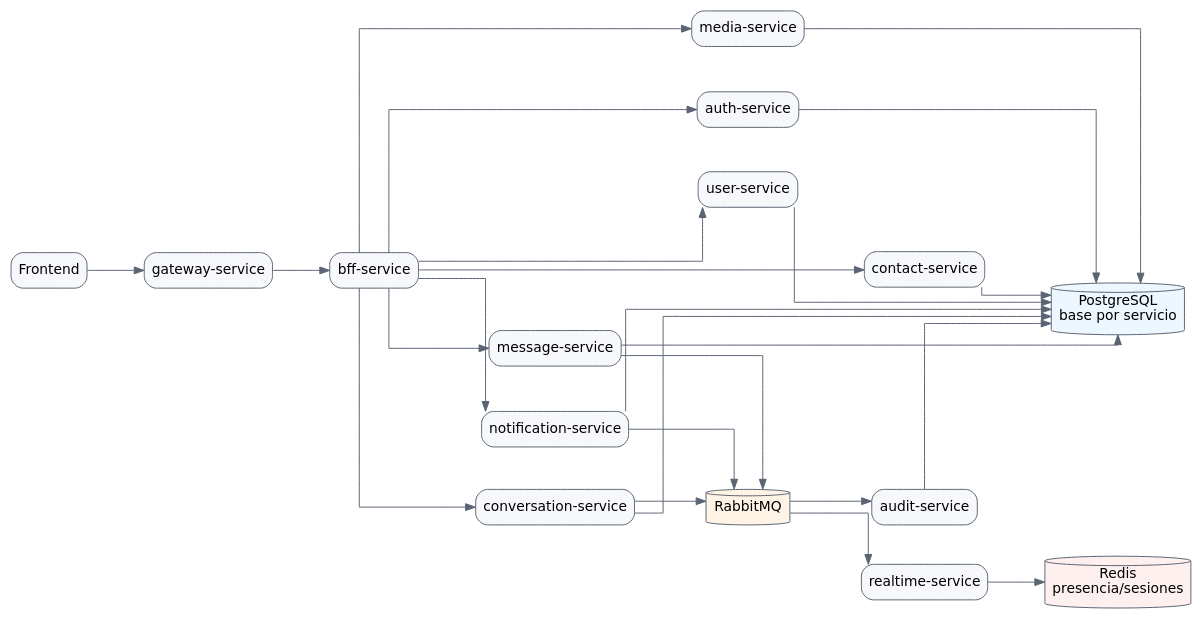
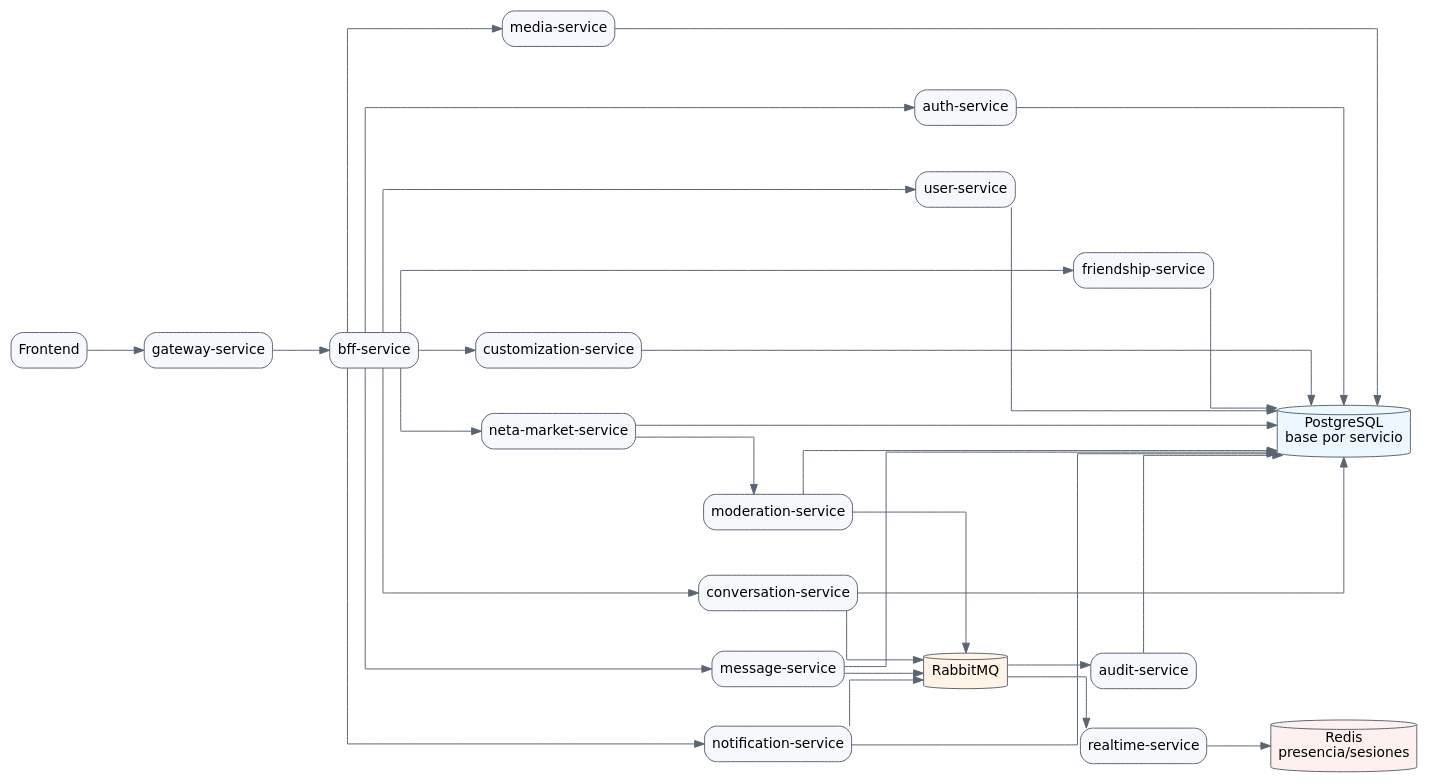
One commit to OrionTheProgrammer/Orioneta-Backend changed the diagram in docs/diagrama-microservicios.dot. Above: the diagram before and after it, drawn with Graphviz. The commit also changed 180 other files, not shown here.

First line of the commit message:
feat: align backend architecture with Orioneta roadmap

```diff
--- a/docs/diagrama-microservicios.dot
+++ b/docs/diagrama-microservicios.dot
@@ -1,47 +1,57 @@
 digraph Orioneta {
   graph [rankdir=LR, bgcolor="white", splines=ortho, nodesep=0.55, ranksep=0.8];
   node [shape=box, style="rounded,filled", fillcolor="#f7f8fb", color="#5b6472", fontname="DejaVu Sans"];
   edge [color="#5b6472", fontname="DejaVu Sans"];
 
   frontend [label="Frontend"];
   gateway [label="gateway-service"];
   bff [label="bff-service"];
   auth [label="auth-service"];
   users [label="user-service"];
-  contacts [label="contact-service"];
+  friendships [label="friendship-service"];
   conversations [label="conversation-service"];
   messages [label="message-service"];
   notifications [label="notification-service"];
+  customization [label="customization-service"];
+  netamarket [label="neta-market-service"];
   media [label="media-service"];
   realtime [label="realtime-service"];
+  moderation [label="moderation-service"];
   audit [label="audit-service"];
   rabbitmq [label="RabbitMQ", shape=cylinder, fillcolor="#fff4e6"];
   redis [label="Redis\npresencia/sesiones", shape=cylinder, fillcolor="#fff0f0"];
   postgres [label="PostgreSQL\nbase por servicio", shape=cylinder, fillcolor="#edf7ff"];
 
   frontend -> gateway;
   gateway -> bff;
   bff -> auth;
   bff -> users;
-  bff -> contacts;
+  bff -> friendships;
   bff -> conversations;
   bff -> messages;
   bff -> notifications;
   bff -> media;
+  bff -> customization;
+  bff -> netamarket;
+  netamarket -> moderation;
 
   conversations -> rabbitmq;
   messages -> rabbitmq;
   notifications -> rabbitmq;
+  moderation -> rabbitmq;
   rabbitmq -> realtime;
   rabbitmq -> audit;
   realtime -> redis;
 
   auth -> postgres;
   users -> postgres;
-  contacts -> postgres;
+  friendships -> postgres;
   conversations -> postgres;
   messages -> postgres;
   notifications -> postgres;
+  customization -> postgres;
+  netamarket -> postgres;
   media -> postgres;
+  moderation -> postgres;
   audit -> postgres;
 }
```
